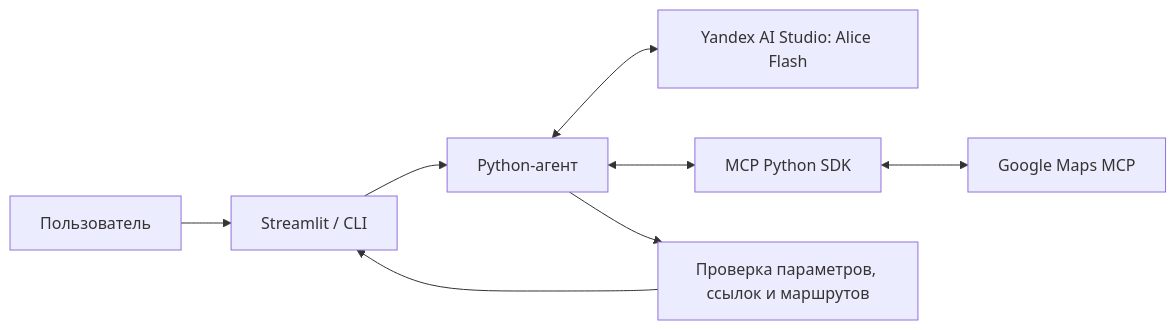
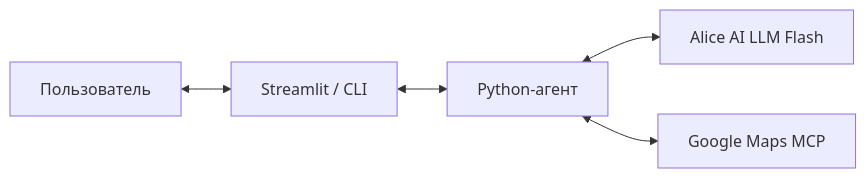
The diagram in README.md (Batyaoftheyear/DayOut-AI-agent), drawn with Mermaid before and after one commit. The commit also changed other lines of this file and 13 other files, not shown here.

````diff
--- a/README.md
+++ b/README.md
@@ -37,10 +37,7 @@
 ```mermaid
 flowchart LR
-    U[Пользователь] --> W[Streamlit / CLI]
-    W --> A[Python-агент]
-    A <--> L[Yandex AI Studio: Alice Flash]
-    A <--> M[MCP Python SDK]
-    M <--> G[Google Maps MCP]
-    A --> V[Проверка параметров, ссылок и маршрутов]
-    V --> W
+    U[Пользователь] <--> W[Streamlit / CLI]
+    W <--> A[Python-агент]
+    A <--> L[Alice AI LLM Flash]
+    A <--> M[Google Maps MCP]
 ```
````
